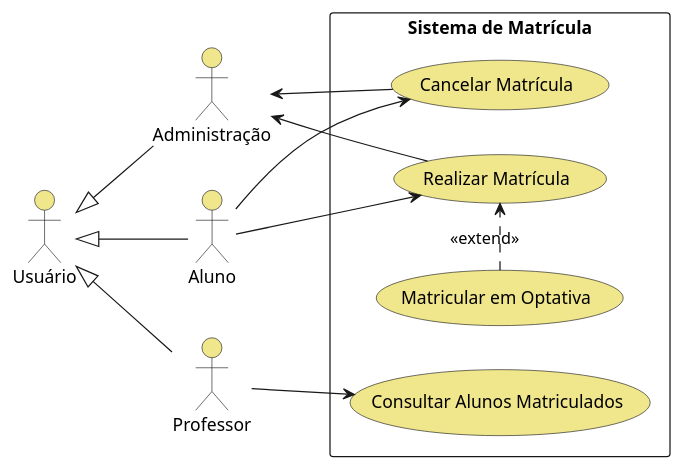
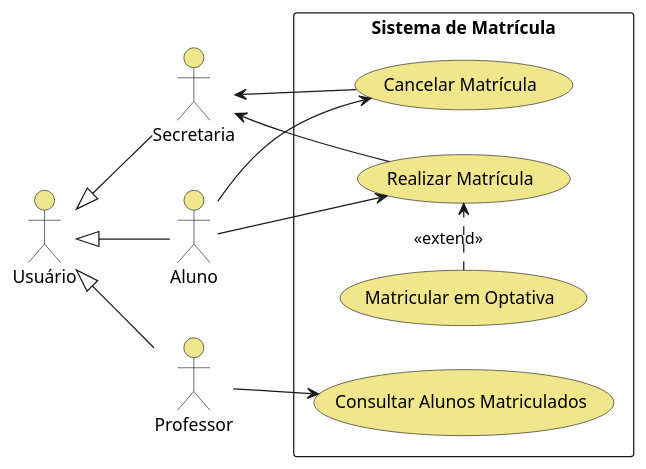
The diagram in project/code/casos-de-uso.puml (RafaelPChequer/LAB-01-SistemaDeMatricula), drawn with PlantUML before and after one commit. The commit also changed 9 other files, not shown here.

```diff
--- a/project/code/casos-de-uso.puml
+++ b/project/code/casos-de-uso.puml
@@ -1,31 +1,31 @@
 @startuml
 'https://plantuml.com/use-case-diagram
 
 left to right direction
 
 skinparam usecase {
     BackgroundColor Khaki
 }
 
 skinparam actor {
     BackgroundColor Khaki
 }
 
 :Usuário: <|-- :Aluno:
 :Usuário: <|-- :Professor:
-:Usuário: <|-- :Administração:
+:Usuário: <|-- :Secretaria:
 
 rectangle "Sistema de Matrícula" {
 
-:Administração: <-- (Realizar Matrícula)
-:Administração: <-- (Cancelar Matrícula)
+:Secretaria: <-- (Realizar Matrícula)
+:Secretaria: <-- (Cancelar Matrícula)
 
 :Aluno: --> (Realizar Matrícula)
 :Aluno: --> (Cancelar Matrícula)
 
 :Professor: --> (Consultar Alunos Matriculados)
 
 (Matricular em Optativa) .> (Realizar Matrícula) : <<extend>>
 }
 
 @enduml
```
